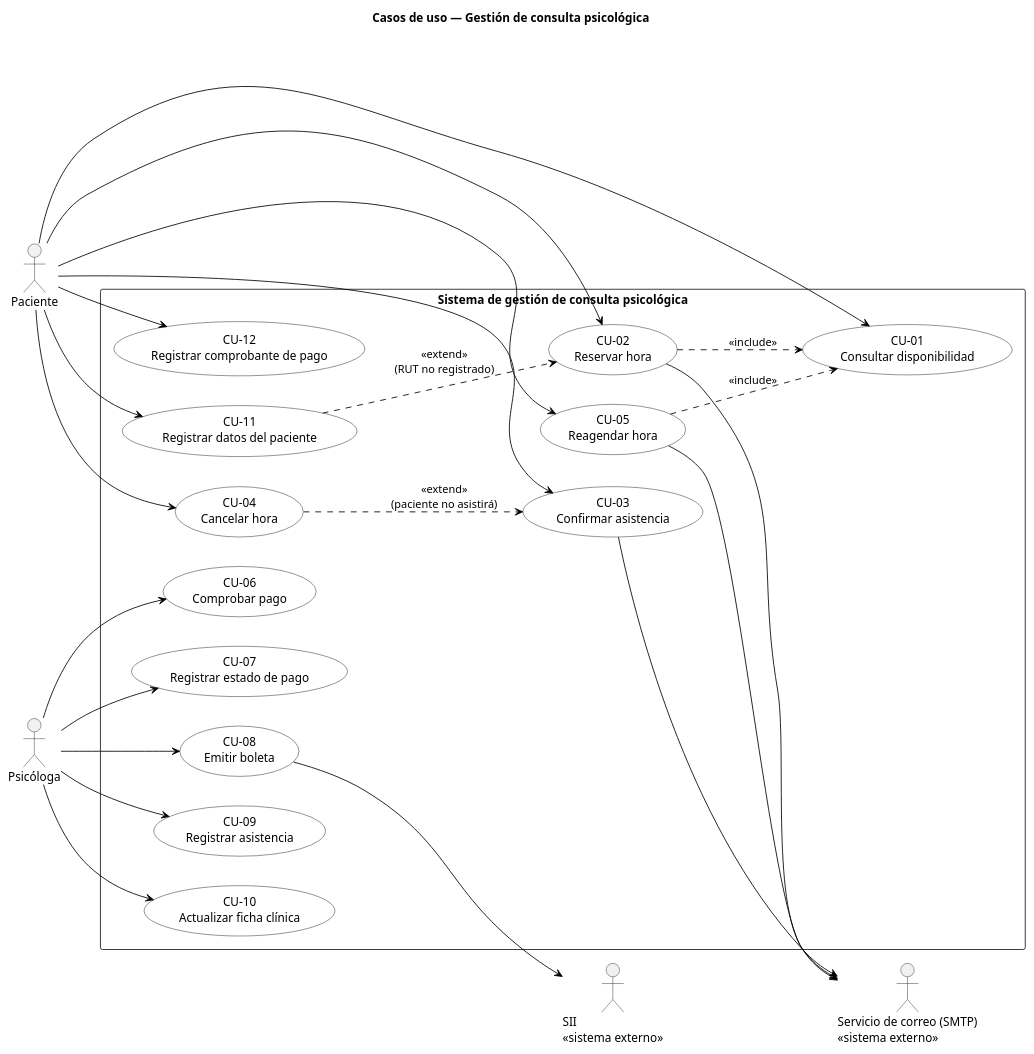
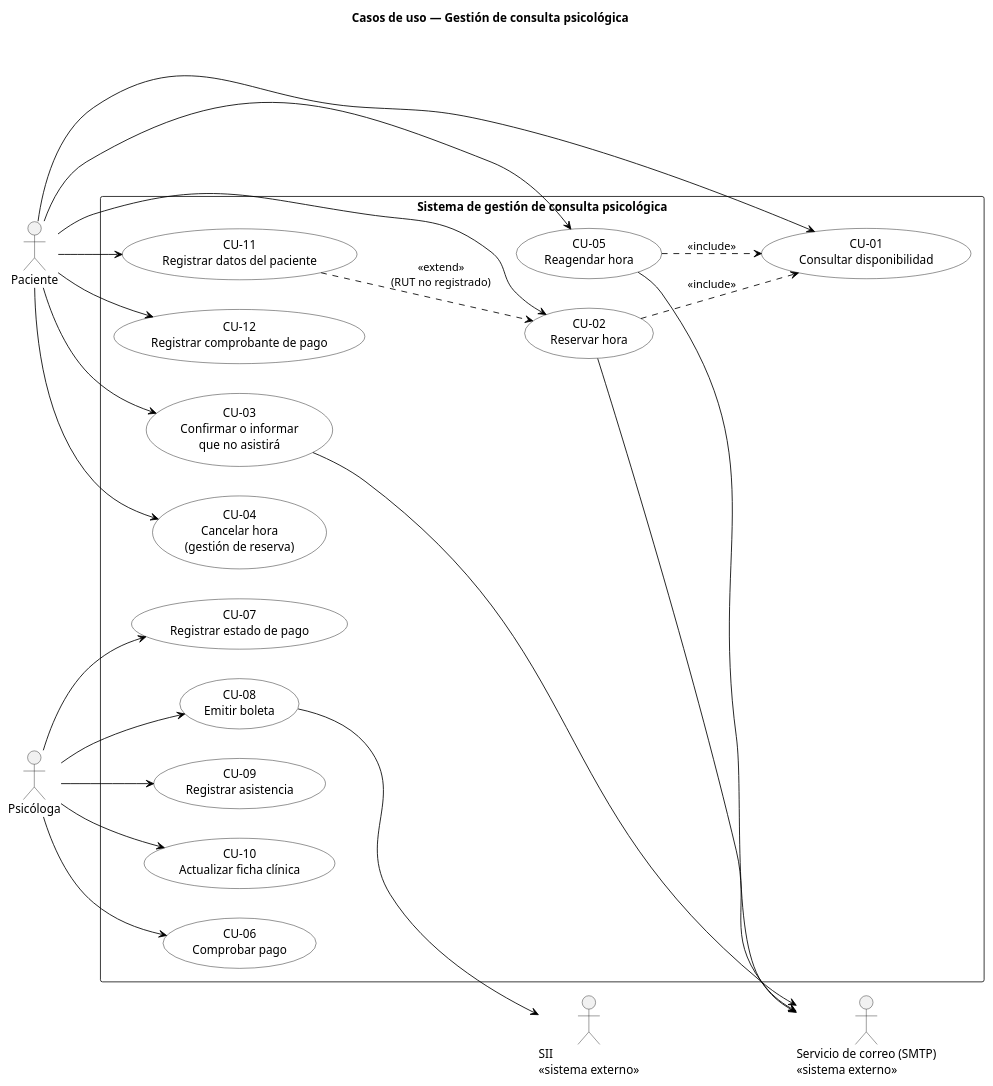
The diagram in diagramas/casos-de-uso.puml (gestion-consulta-psicologica/ingenieria-requisitos), drawn with PlantUML before and after one commit. The commit also changed 48 other files, not shown here.

```diff
--- a/diagramas/casos-de-uso.puml
+++ b/diagramas/casos-de-uso.puml
@@ -1,58 +1,58 @@
 @startuml casos-de-uso
 ' Diagrama de casos de uso — UML 2.0
 left to right direction
 skinparam shadowing false
 skinparam actorStyle stick
 skinparam packageStyle rectangle
 skinparam usecase {
   BackgroundColor White
   BorderColor Black
   ArrowColor Black
 }
 
 title Casos de uso — Gestión de consulta psicológica
 
 actor "Paciente" as PAC
 actor "Psicóloga" as PSI
 actor "Servicio de correo (SMTP)\n<<sistema externo>>" as MSJ
 actor "SII\n<<sistema externo>>" as SII
 
 rectangle "Sistema de gestión de consulta psicológica" {
   usecase "CU-01\nConsultar disponibilidad" as CU01
   usecase "CU-02\nReservar hora" as CU02
-  usecase "CU-03\nConfirmar asistencia" as CU03
-  usecase "CU-04\nCancelar hora" as CU04
+  usecase "CU-03\nConfirmar o informar\nque no asistirá" as CU03
+  usecase "CU-04\nCancelar hora\n(gestión de reserva)" as CU04
   usecase "CU-05\nReagendar hora" as CU05
   usecase "CU-06\nComprobar pago" as CU06
   usecase "CU-07\nRegistrar estado de pago" as CU07
   usecase "CU-08\nEmitir boleta" as CU08
   usecase "CU-09\nRegistrar asistencia" as CU09
   usecase "CU-10\nActualizar ficha clínica" as CU10
   usecase "CU-11\nRegistrar datos del paciente" as CU11
   usecase "CU-12\nRegistrar comprobante de pago" as CU12
 }
 
 PAC --> CU01
 PAC --> CU02
 PAC --> CU03
 PAC --> CU04
 PAC --> CU05
 PAC --> CU11
 PAC --> CU12
 
 PSI --> CU06
 PSI --> CU07
 PSI --> CU08
 PSI --> CU09
 PSI --> CU10
 
 CU02 ..> CU01 : <<include>>
 CU05 ..> CU01 : <<include>>
-CU04 ..> CU03 : <<extend>>\n(paciente no asistirá)
 CU11 ..> CU02 : <<extend>>\n(RUT no registrado)
+' CU-03 cubre ambas respuestas; CU-04 es cancelación independiente desde la gestión de la reserva.
 
 CU02 --> MSJ
 CU03 --> MSJ
 CU05 --> MSJ
 CU08 --> SII
 @enduml
```
